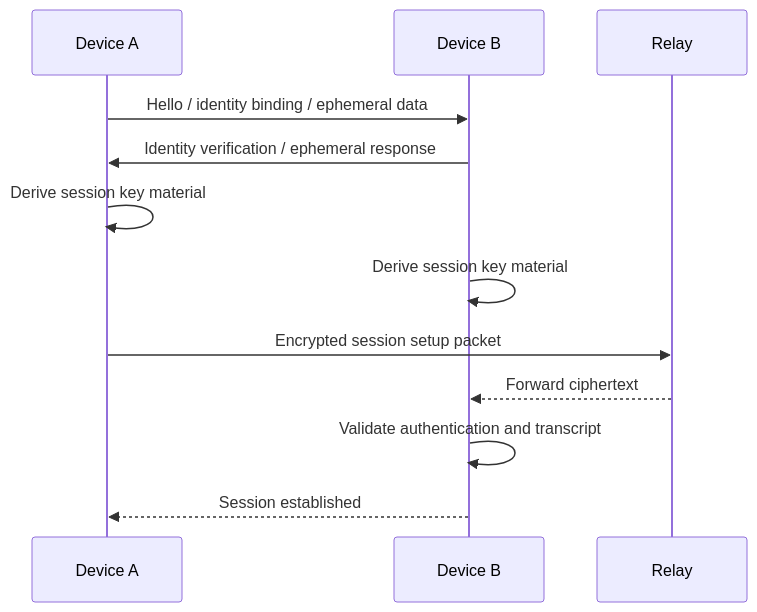
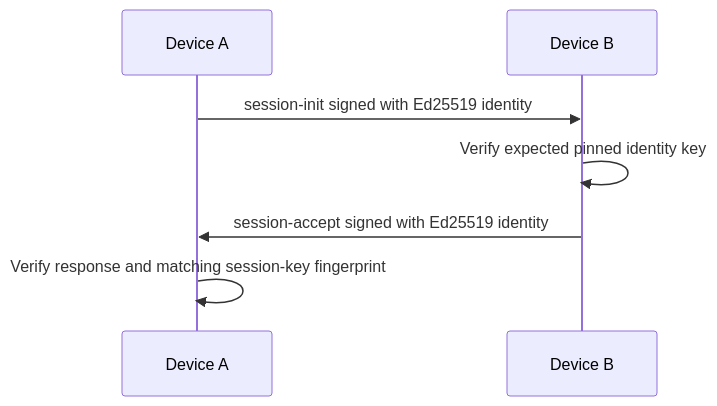
One commit to Ganesh5927/echat changed the first of 3 diagrams in docs/protocol/message-flow.md. Above: the diagram before and after it, drawn with Mermaid. The commit also changed other lines of this file and 20 other files, not shown here.

````diff
--- a/docs/protocol/message-flow.md
+++ b/docs/protocol/message-flow.md
@@ -39,15 +23,10 @@
 ```mermaid
 sequenceDiagram
     participant A as Device A
     participant B as Device B
-    participant R as Relay
 
-    A->>B: Hello / identity binding / ephemeral data
-    B->>A: Identity verification / ephemeral response
-    A->>A: Derive session key material
-    B->>B: Derive session key material
-    A->>R: Encrypted session setup packet
-    R-->>B: Forward ciphertext
-    B->>B: Validate authentication and transcript
-    B-->>A: Session established
+    A->>B: session-init signed with Ed25519 identity
+    B->>B: Verify expected pinned identity key
+    B->>A: session-accept signed with Ed25519 identity
+    A->>A: Verify response and matching session-key fingerprint
 ```
````
